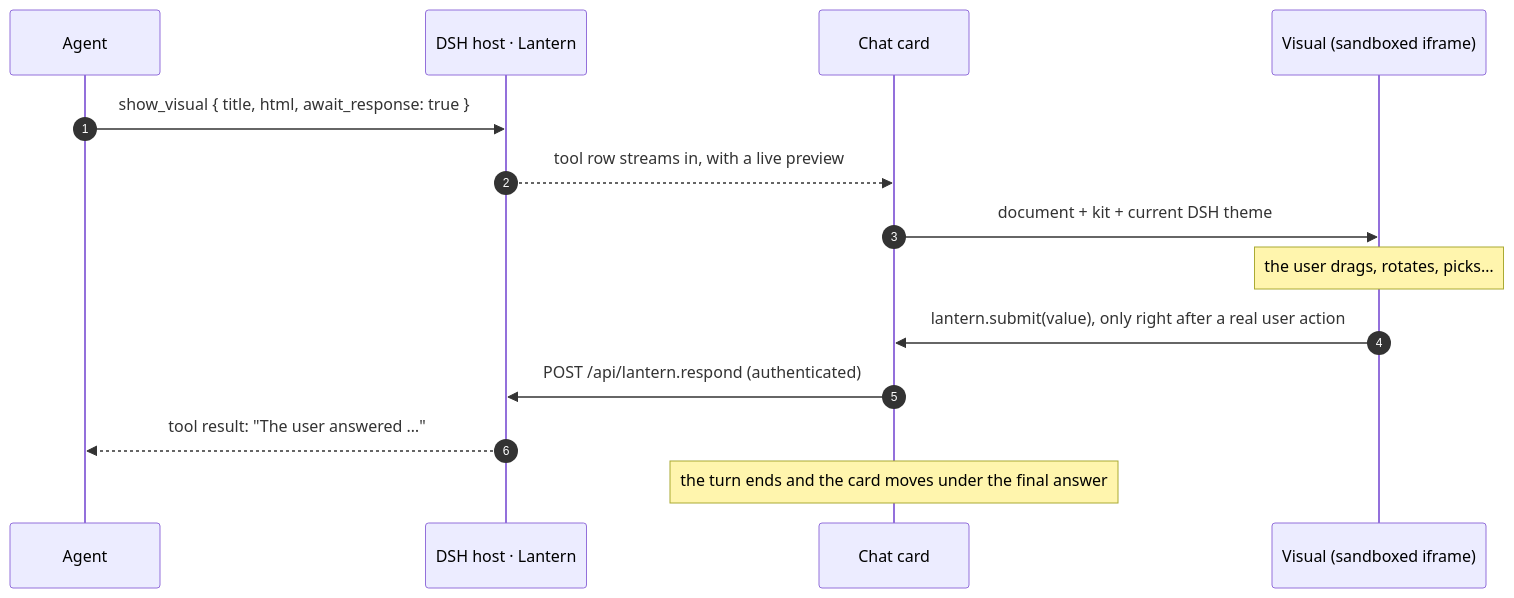
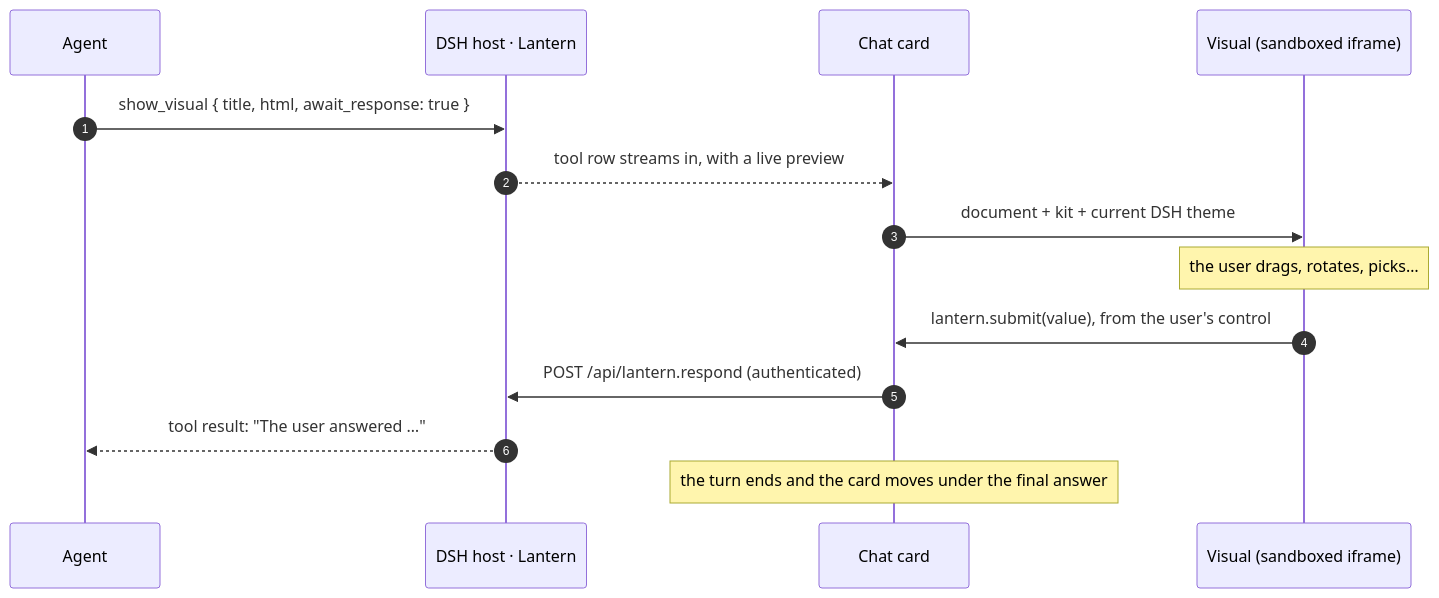
Before and after one commit to Aero123421/dsh-lantern: the diagram in README.md, drawn with Mermaid. The commit also changed other lines of this file and 46 other files, not shown here.

````diff
--- a/README.md
+++ b/README.md
@@ -137,16 +145,16 @@
 ```mermaid
 sequenceDiagram
     autonumber
     participant A as Agent
     participant H as DSH host · Lantern
     participant C as Chat card
     participant V as Visual (sandboxed iframe)
     A->>H: show_visual { title, html, await_response: true }
     H-->>C: tool row streams in, with a live preview
     C->>V: document + kit + current DSH theme
     Note over V: the user drags, rotates, picks…
-    V->>C: lantern.submit(value), only right after a real user action
+    V->>C: lantern.submit(value), from the user's control
     C->>H: POST /api/lantern.respond (authenticated)
     H-->>A: tool result: "The user answered …"
     Note over C: the turn ends and the card moves under the final answer
 ```
````
